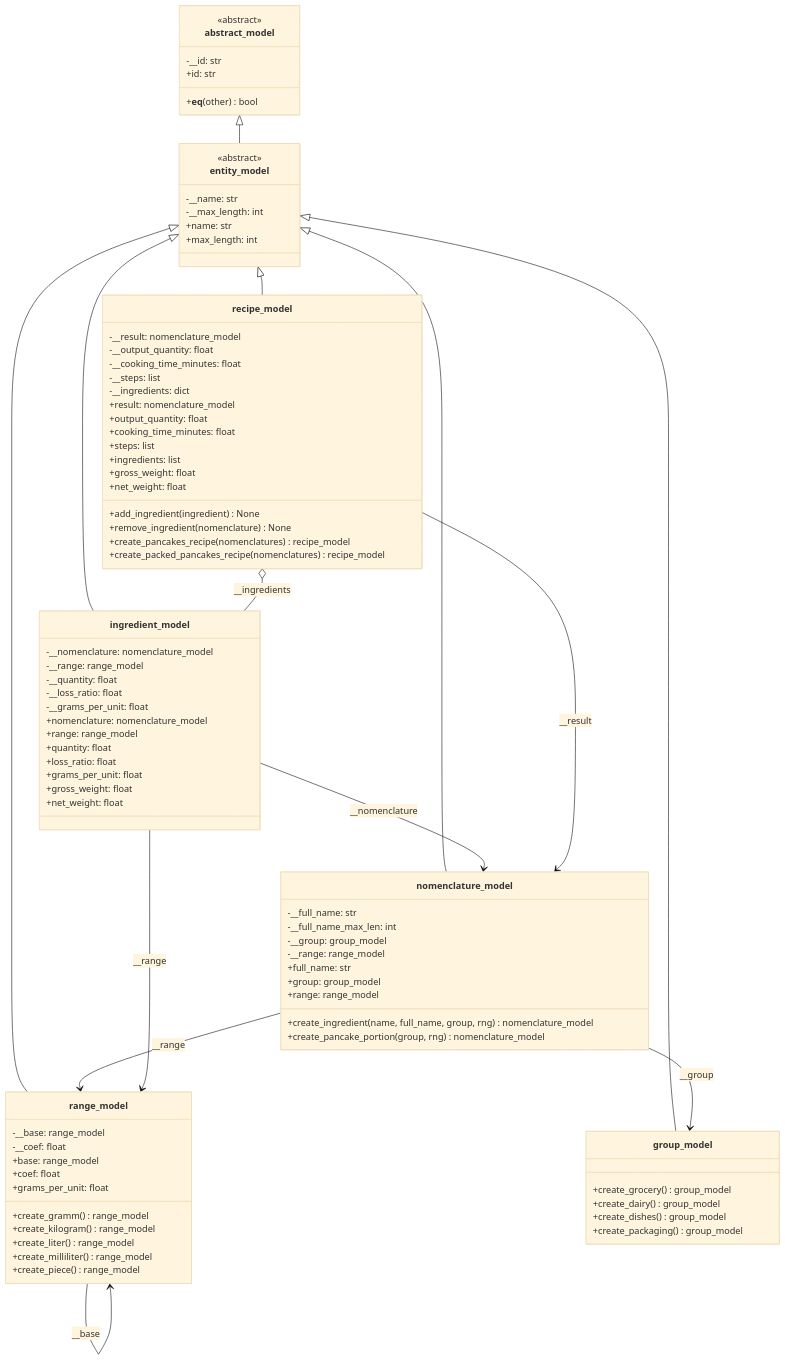
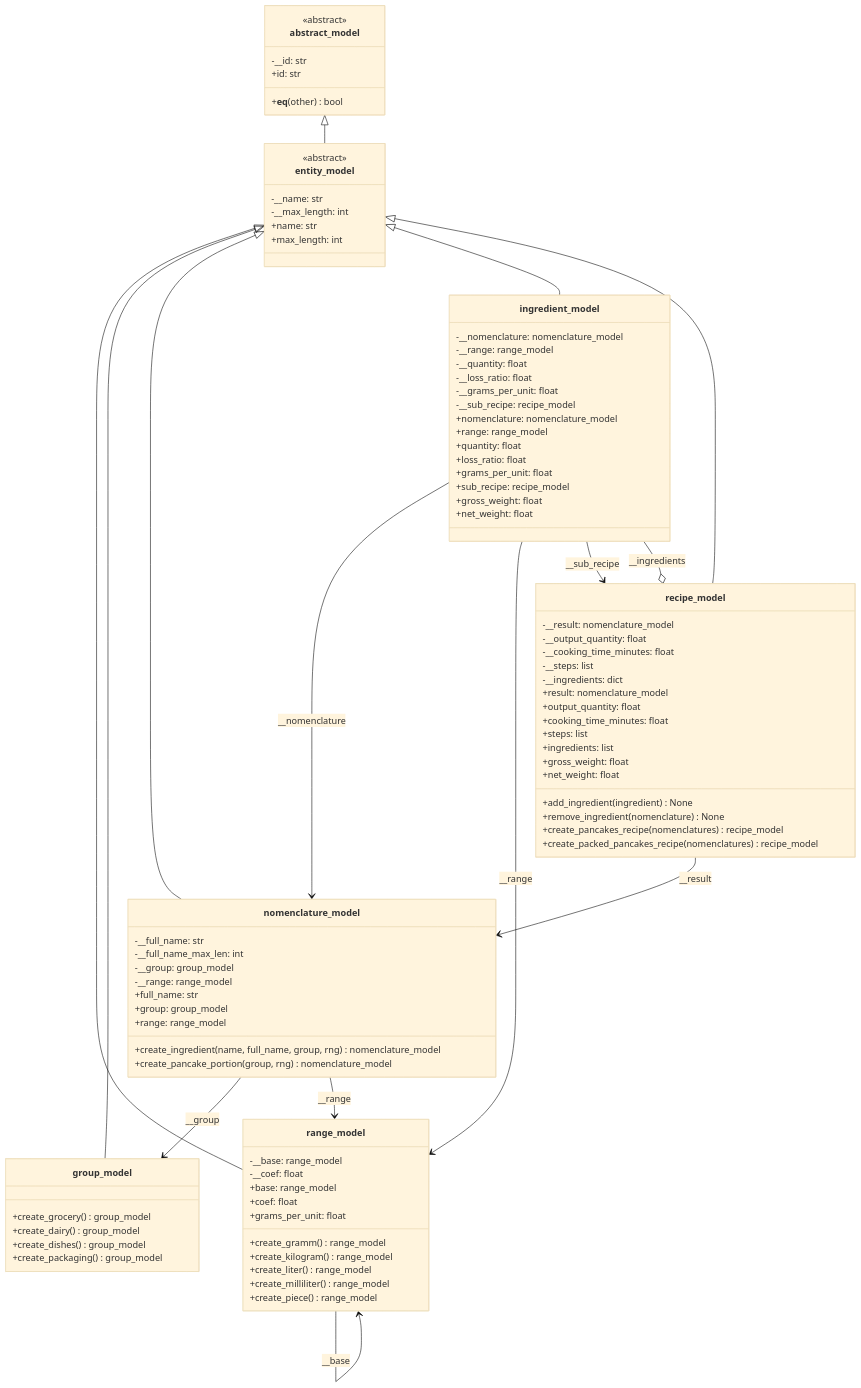
Before and after one commit to groknut/patterns: the diagram in Docs/Diagrams/RecipeUML.md, drawn with Mermaid (base theme). The commit also changed 4 other files, not shown here.

Commit message:
hw #3 (fix): moving methods for calculating brutto/netto from storage_manager to ingredient model

```diff
--- a/Docs/Diagrams/RecipeUML.md
+++ b/Docs/Diagrams/RecipeUML.md
@@ -54,11 +54,13 @@
         -__quantity: float
         -__loss_ratio: float
         -__grams_per_unit: float
+        -__sub_recipe: recipe_model
         +nomenclature: nomenclature_model
         +range: range_model
         +quantity: float
         +loss_ratio: float
         +grams_per_unit: float
+        +sub_recipe: recipe_model
         +gross_weight: float
         +net_weight: float
     }
@@ -95,6 +97,7 @@
 
     ingredient_model   --> nomenclature_model : __nomenclature
     ingredient_model   --> range_model        : __range
+    ingredient_model   --> recipe_model       : __sub_recipe
 
     recipe_model       --> nomenclature_model : __result
     recipe_model       o-- ingredient_model   : __ingredients
```
